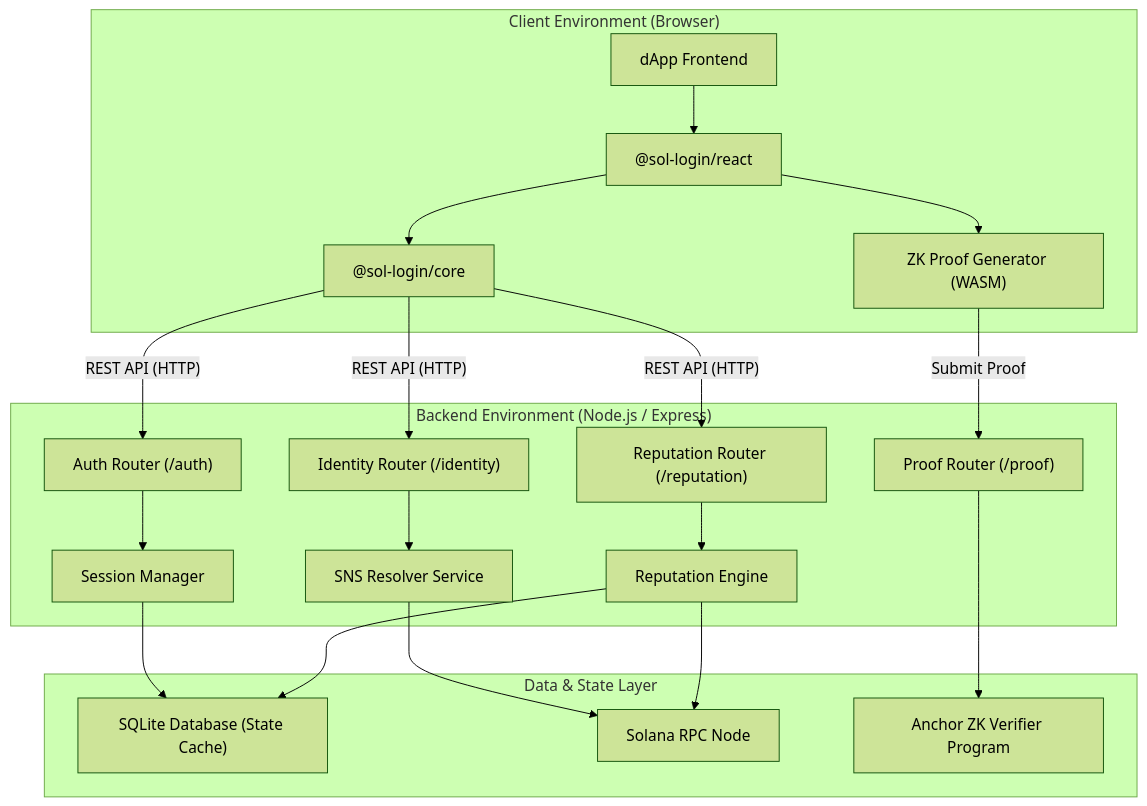
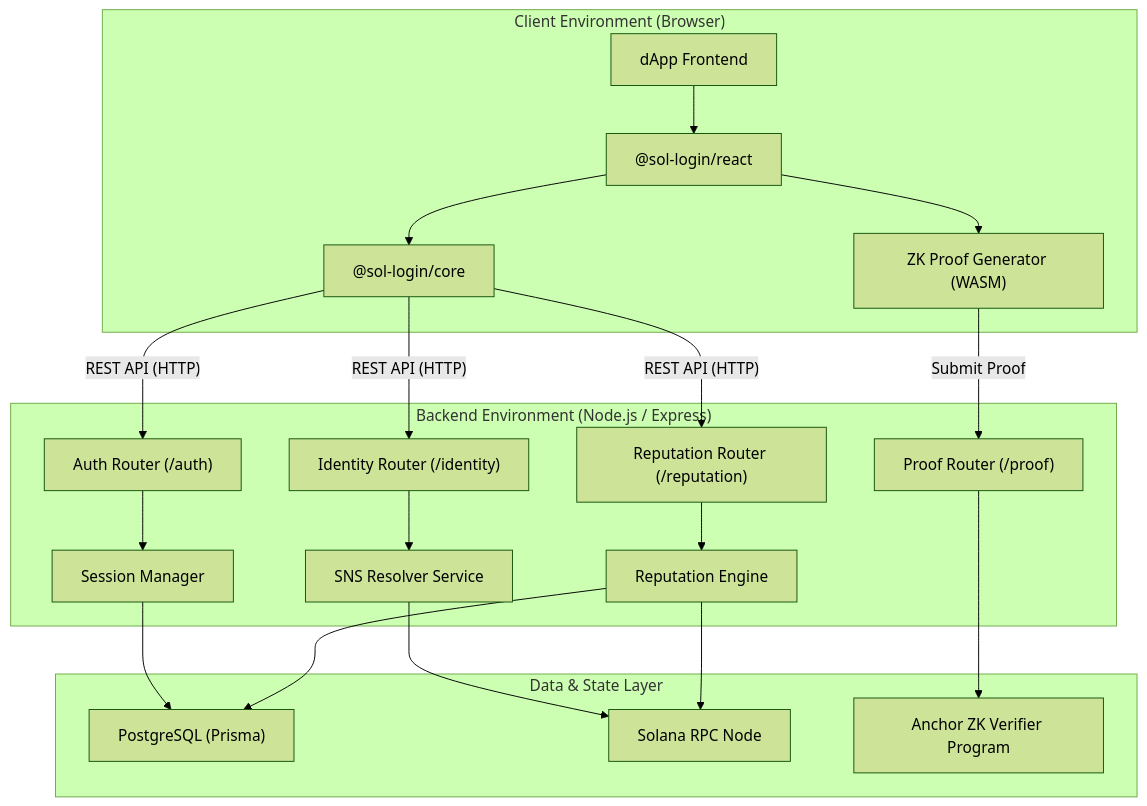
The diagram in docs/architecture.md (Dijo-404/.sol_login_sdk), drawn with Mermaid (forest theme) before and after one commit. The commit also changed other lines of this file and 45 other files, not shown here.

````diff
--- a/docs/architecture.md
+++ b/docs/architecture.md
@@ -7,48 +7,48 @@
 ```mermaid
 graph TB
     subgraph Client["Client Environment (Browser)"]
         DApp["dApp Frontend"]
         ReactSDK["@sol-login/react"]
         CoreSDK["@sol-login/core"]
         ZKGen["ZK Proof Generator (WASM)"]
         
         DApp --> ReactSDK
         ReactSDK --> CoreSDK
         ReactSDK --> ZKGen
     end
 
     subgraph Backend["Backend Environment (Node.js / Express)"]
         AuthRouter["Auth Router (/auth)"]
         IdentityRouter["Identity Router (/identity)"]
         ReputationRouter["Reputation Router (/reputation)"]
         ProofRouter["Proof Router (/proof)"]
         
         SessionManager["Session Manager"]
         SNSResolver["SNS Resolver Service"]
         ReputationEngine["Reputation Engine"]
     end
 
     subgraph DataLayer["Data & State Layer"]
-        SQLite["SQLite Database (State Cache)"]
+        Postgres["PostgreSQL (Prisma)"]
         SolanaRPC["Solana RPC Node"]
         AnchorProgram["Anchor ZK Verifier Program"]
     end
 
     %% Client to Backend
     CoreSDK -- "REST API (HTTP)" --> AuthRouter
     CoreSDK -- "REST API (HTTP)" --> IdentityRouter
     CoreSDK -- "REST API (HTTP)" --> ReputationRouter
     ZKGen -- "Submit Proof" --> ProofRouter
 
     %% Backend Internals
     AuthRouter --> SessionManager
     IdentityRouter --> SNSResolver
     ReputationRouter --> ReputationEngine
 
     %% Backend to Data Layer
-    SessionManager --> SQLite
-    ReputationEngine --> SQLite
+    SessionManager --> Postgres
+    ReputationEngine --> Postgres
     SNSResolver --> SolanaRPC
     ReputationEngine --> SolanaRPC
     ProofRouter --> AnchorProgram
 ```
````
